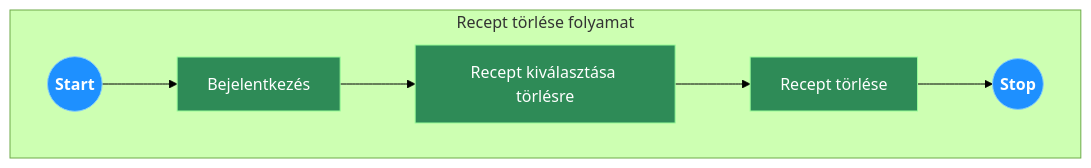
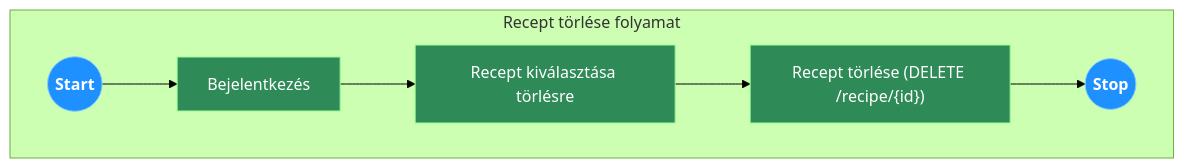
Before and after one commit to bencebenko/afp-recipe-sharing: the fifth of 8 diagrams in docs/1. Rendszerterv dokumentáció.MD, drawn with Mermaid (forest theme). The commit also changed other lines of this file and 3 other files, not shown here.

````diff
--- a/docs/1. Rendszerterv dokumentáció.MD
+++ b/docs/1. Rendszerterv dokumentáció.MD
@@ -255,13 +330,13 @@
-```mermaid
+```mermaid 
 flowchart LR
     classDef startstop fill:#1E90FF,stroke:#87CEFA,color:#fff,font-weight:bold;
     classDef action fill:#2E8B57,stroke:#98FB98,color:#fff;
 
     subgraph "Recept törlése folyamat"
         direction LR
         A((Start)):::startstop --> B["Bejelentkezés"]:::action
         B --> C["Recept kiválasztása törlésre"]:::action
-        C --> D["Recept törlése"]:::action
+        C --> D["Recept törlése (DELETE /recipe/{id})"]:::action
         D --> E((Stop)):::startstop
     end
-```
+``` 
````
